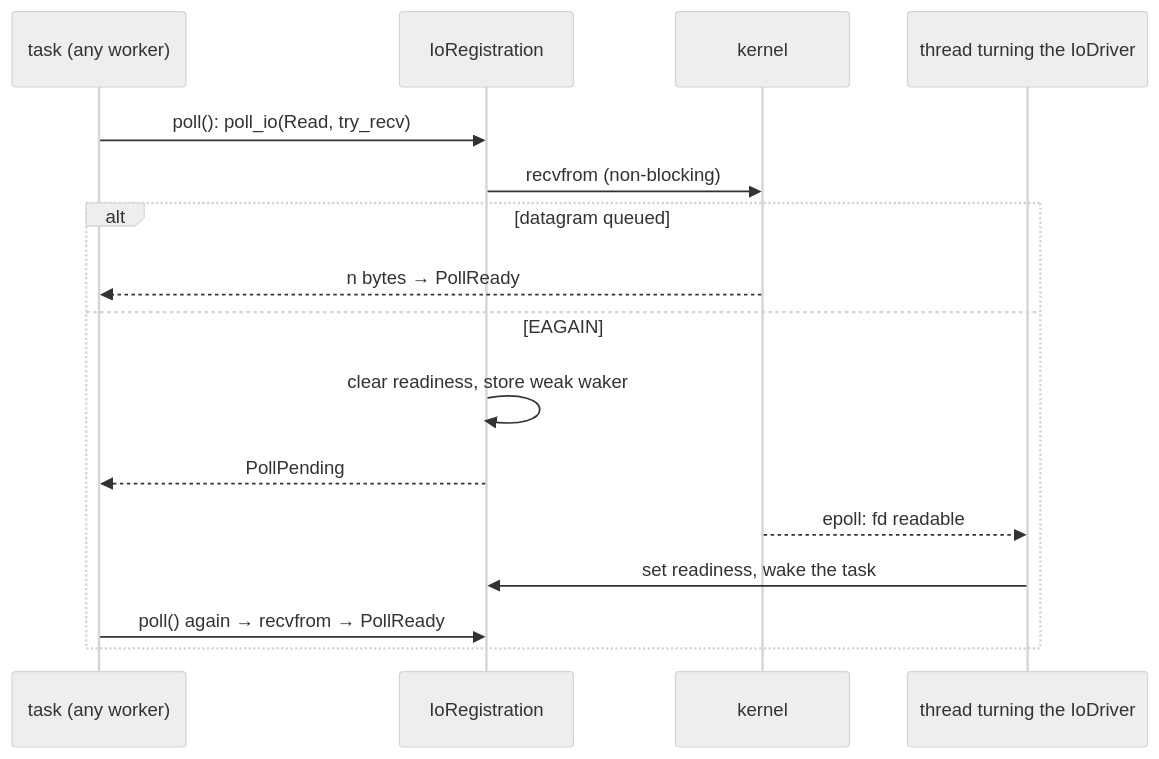
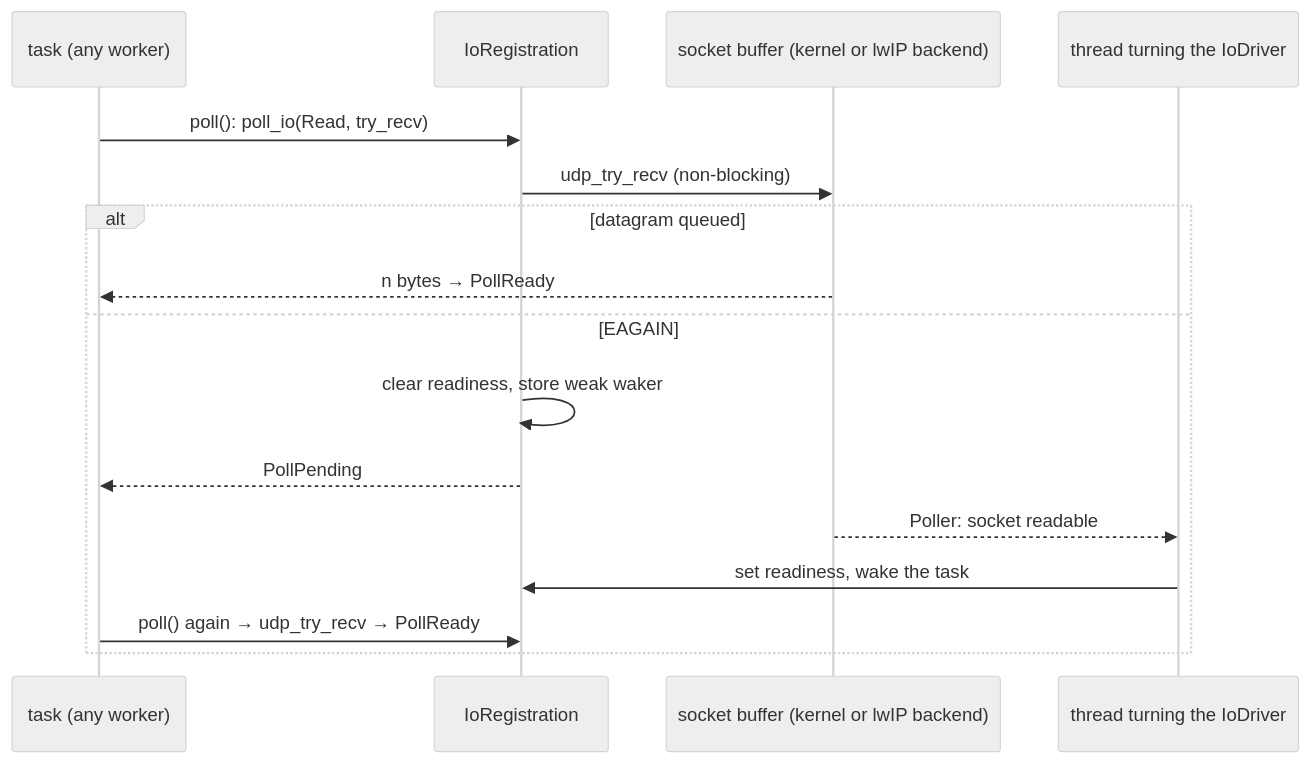
The third of 3 diagrams in doc/design/udp_socket.md (bts164/coro), drawn with Mermaid (neutral theme) before and after one commit. The commit also changed other lines of this file and 101 other files, not shown here.

````diff
--- a/doc/design/udp_socket.md
+++ b/doc/design/udp_socket.md
@@ -401,18 +341,18 @@
 ```mermaid
 sequenceDiagram
     participant T as task (any worker)
     participant R as IoRegistration
-    participant K as kernel
+    participant K as socket buffer (kernel or lwIP backend)
     participant D as thread turning the IoDriver
     T->>R: poll(): poll_io(Read, try_recv)
-    R->>K: recvfrom (non-blocking)
+    R->>K: udp_try_recv (non-blocking)
     alt datagram queued
         K-->>T: n bytes → PollReady
     else EAGAIN
         R->>R: clear readiness, store weak waker
         R-->>T: PollPending
-        K-->>D: epoll: fd readable
+        K-->>D: Poller: socket readable
         D->>R: set readiness, wake the task
-        T->>R: poll() again → recvfrom → PollReady
+        T->>R: poll() again → udp_try_recv → PollReady
     end
 ```
````
